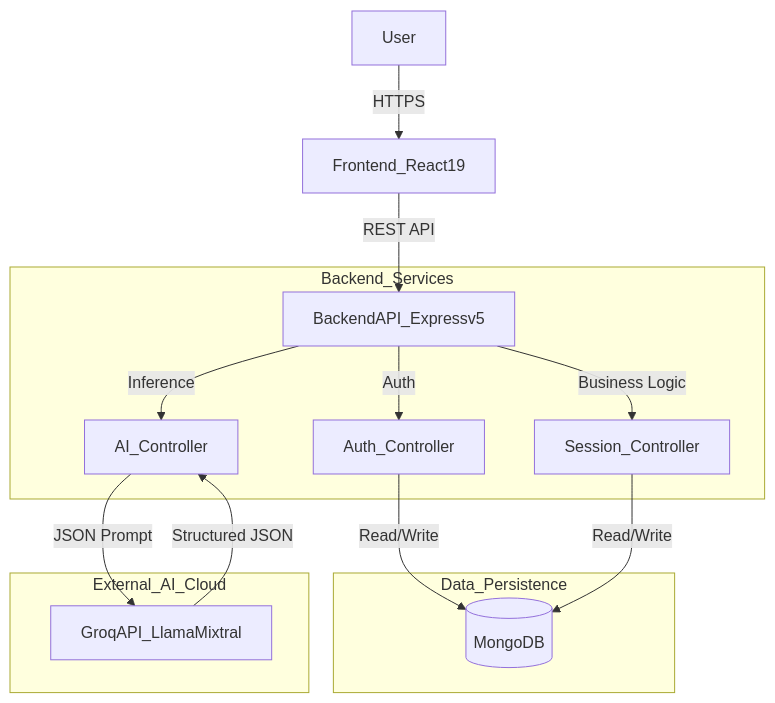
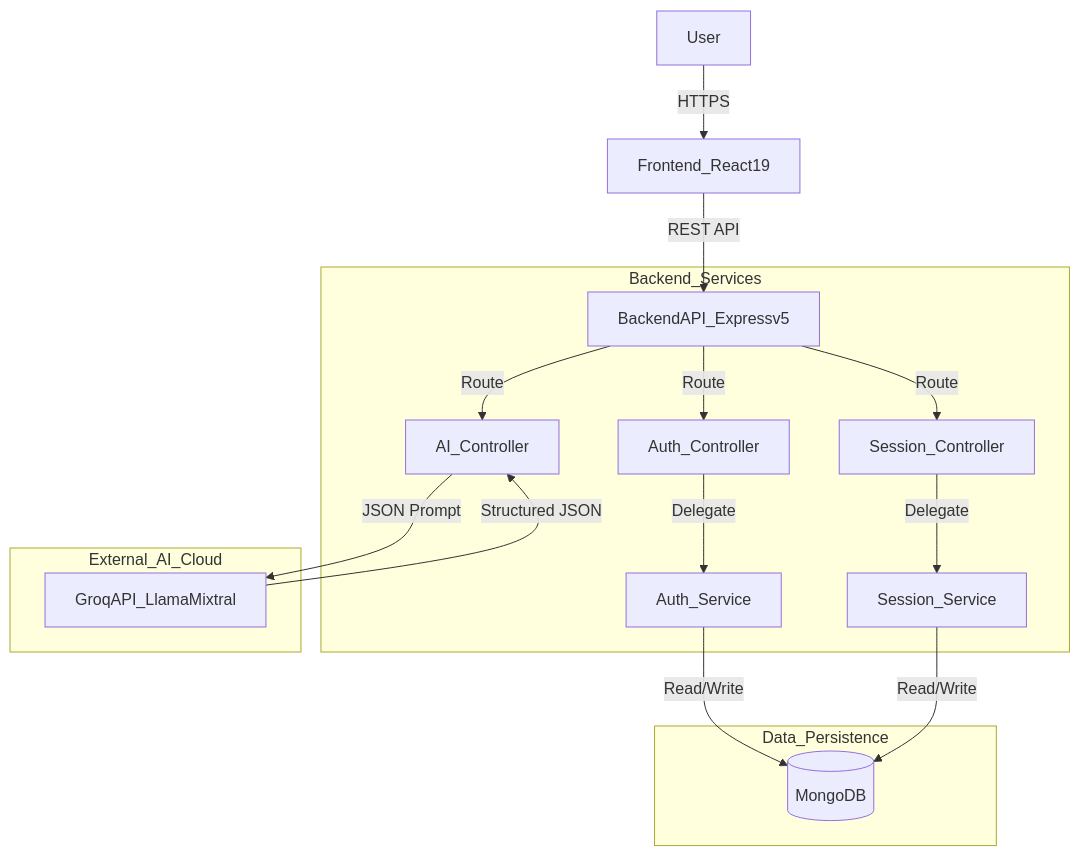
The first of 4 diagrams in ARCHITECTURE.md (GuillaumePOREZ72/interview-trainer-ai), drawn with Mermaid before and after one commit. The commit also changed other lines of this file and 7 other files, not shown here.

Commit message:
♻️ refactor: Introduce `AuthService` and `SessionService` to centralize business logic, refactor controllers to use them, and update documentation.

````diff
--- a/ARCHITECTURE.md
+++ b/ARCHITECTURE.md
@@ -39,21 +39,23 @@
 ```mermaid
 graph TD
 User[User] -->|HTTPS| Client[Frontend_React19]
 Client -->|REST API| API[BackendAPI_Expressv5]
 
 subgraph Backend_Services
-    API -->|Auth| AuthC[Auth_Controller]
-    API -->|Business Logic| SessC[Session_Controller]
-    API -->|Inference| AIC[AI_Controller]
+    API -->|Route| AuthC[Auth_Controller]
+    AuthC -->|Delegate| AuthS[Auth_Service]
+    API -->|Route| SessC[Session_Controller]
+    SessC -->|Delegate| SessS[Session_Service]
+    API -->|Route| AIC[AI_Controller]
 end
 
 subgraph Data_Persistence
-    AuthC -->|Read/Write| DB[(MongoDB)]
-    SessC -->|Read/Write| DB
+    AuthS -->|Read/Write| DB[(MongoDB)]
+    SessS -->|Read/Write| DB
 end
 
 subgraph External_AI_Cloud
     AIC -->|JSON Prompt| Groq[GroqAPI_LlamaMixtral]
     Groq -->|Structured JSON| AIC
 end
 ```
````
